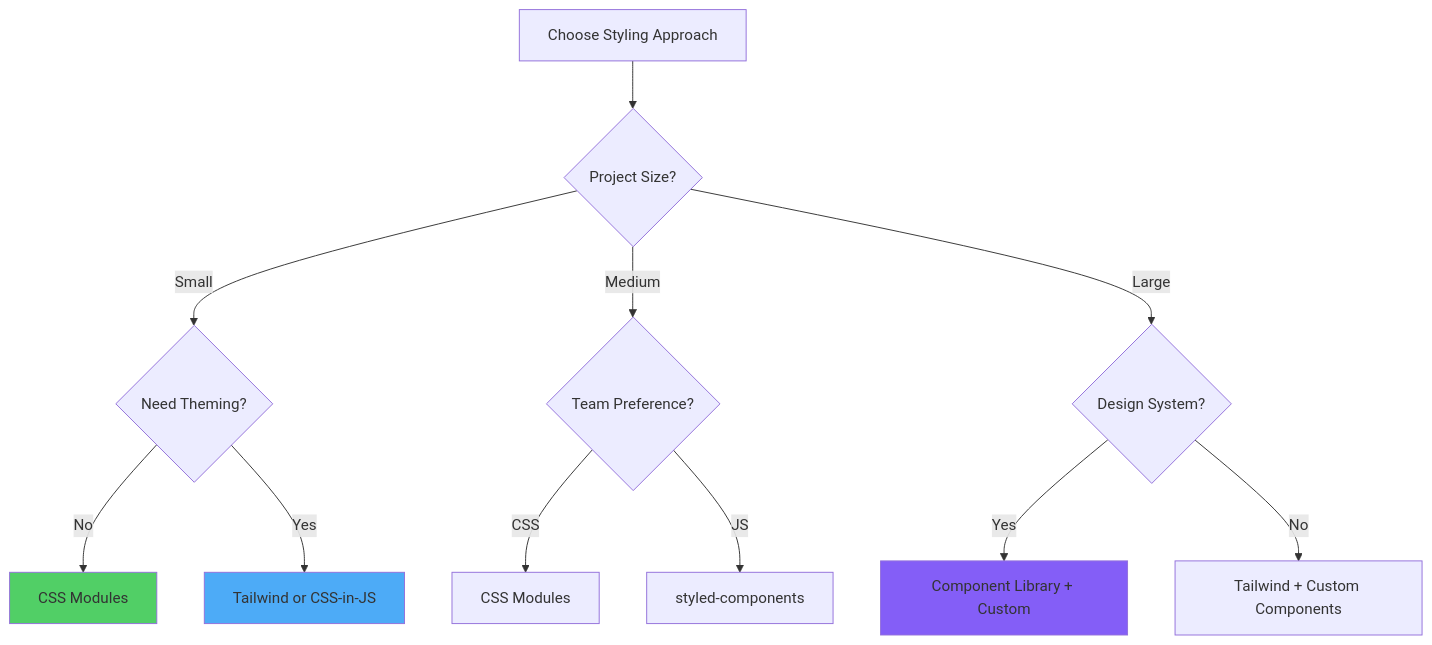
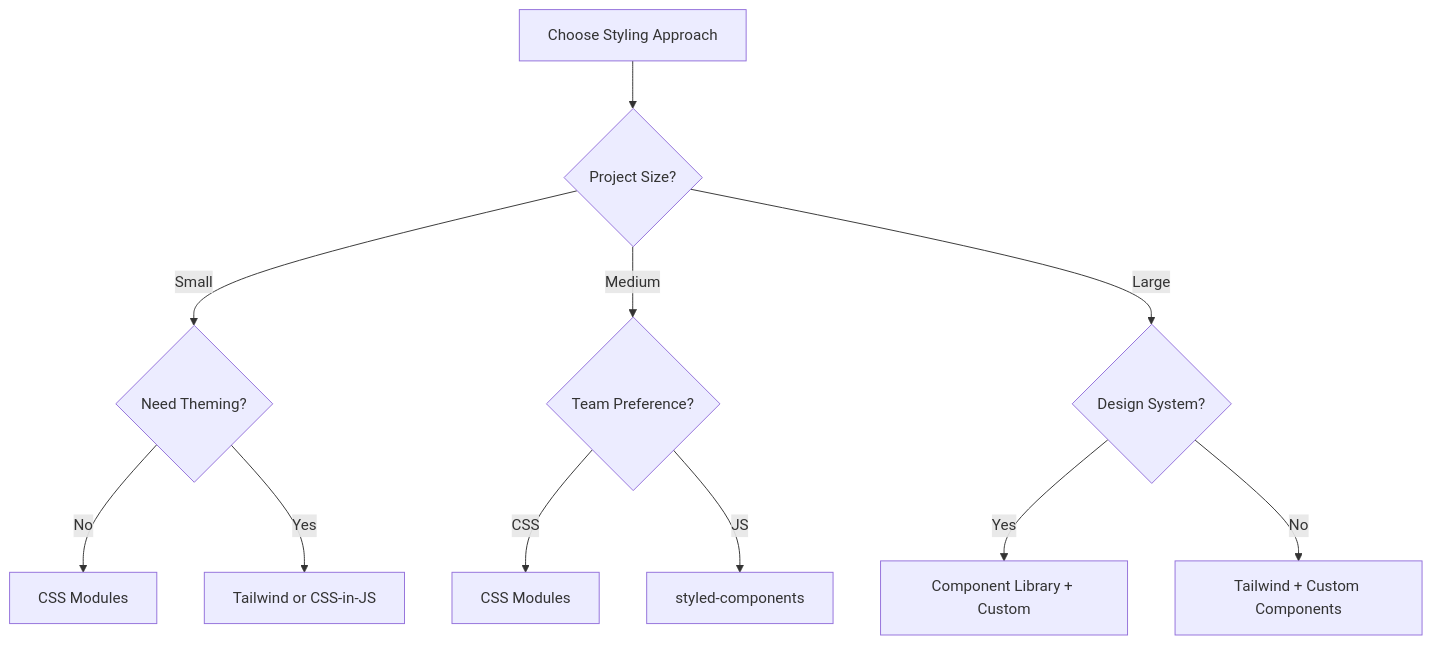
One commit to BabaScience/react-guides changed the sixth of 6 diagrams in arguments/chapters/04-react-styling.md. Above: the diagram before and after it, drawn with Mermaid. The commit also changed other lines of this file and 29 other files, not shown here.

First line of the commit message:
Bring React FR/IT translations to full English parity + theme-safe diagrams

````diff
--- a/arguments/chapters/04-react-styling.md
+++ b/arguments/chapters/04-react-styling.md
@@ -2339,21 +2327,18 @@
 ```mermaid
 graph TD
     A[Choose Styling Approach] --> B{Project Size?}
     
     B -->|Small| C{Need Theming?}
     B -->|Medium| D{Team Preference?}
     B -->|Large| E{Design System?}
     
     C -->|No| F[CSS Modules]
     C -->|Yes| G[Tailwind or CSS-in-JS]
     
     D -->|CSS| H[CSS Modules]
     D -->|JS| I[styled-components]
     
     E -->|Yes| J[Component Library + Custom]
     E -->|No| K[Tailwind + Custom Components]
     
-    style F fill:#51cf66
-    style G fill:#4dabf7
-    style J fill:#845ef7
 ```
````
